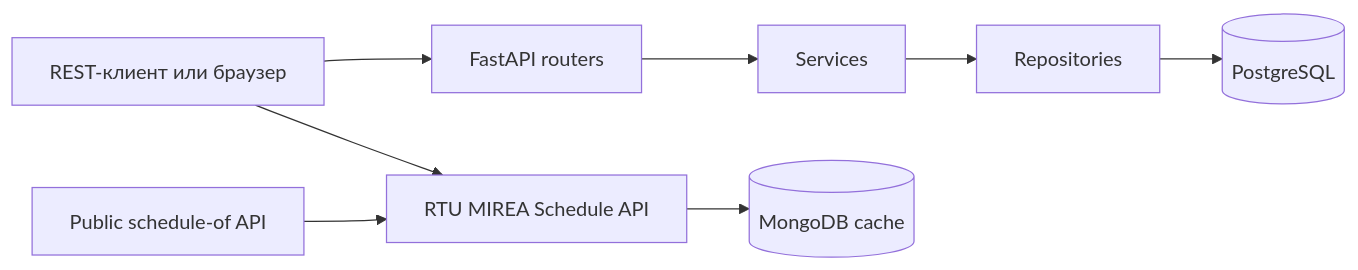
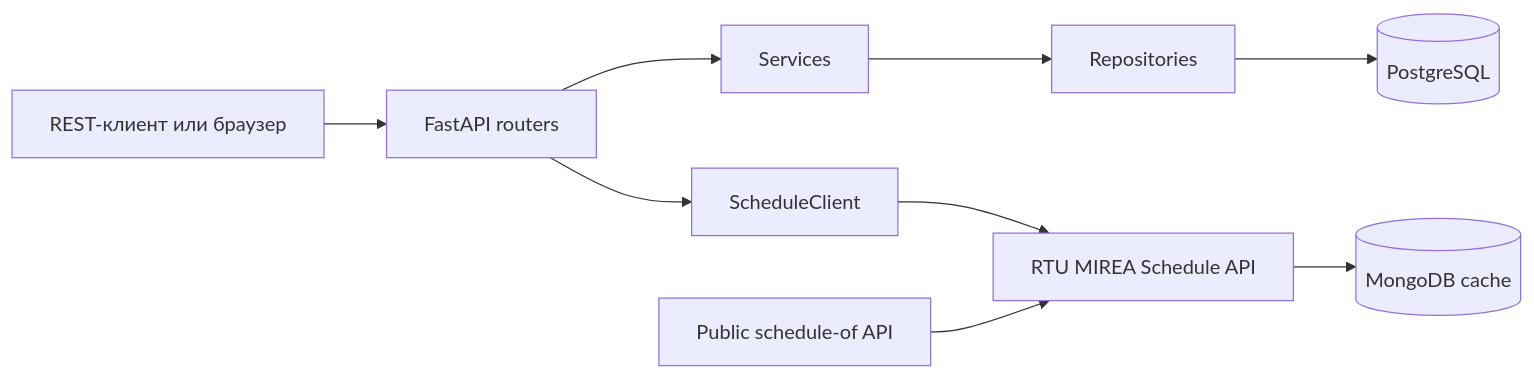
The diagram in docs/architecture.md (is200406moil/schedule-service-backend), drawn with Mermaid before and after one commit. The commit also changed other lines of this file and 21 other files, not shown here.

Commit message:
feat: proxy schedule API through backend

````diff
--- a/docs/architecture.md
+++ b/docs/architecture.md
@@ -20,19 +20,21 @@
 ```mermaid
 flowchart LR
     Client[REST-клиент или браузер]
     Router[FastAPI routers]
     Service[Services]
     Repository[Repositories]
     DB[(PostgreSQL)]
+    ScheduleClient[ScheduleClient]
     ScheduleAPI[RTU MIREA Schedule API]
     ScheduleDB[(MongoDB cache)]
     Source[Public schedule-of API]
 
     Client --> Router
     Router --> Service
     Service --> Repository
     Repository --> DB
-    Client --> ScheduleAPI
+    Router --> ScheduleClient
+    ScheduleClient --> ScheduleAPI
     ScheduleAPI --> ScheduleDB
     Source --> ScheduleAPI
 ```
````
